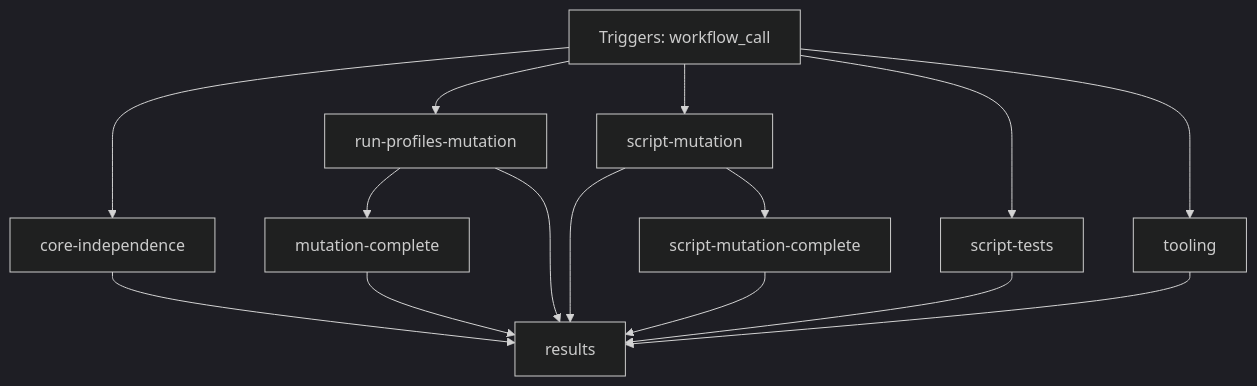
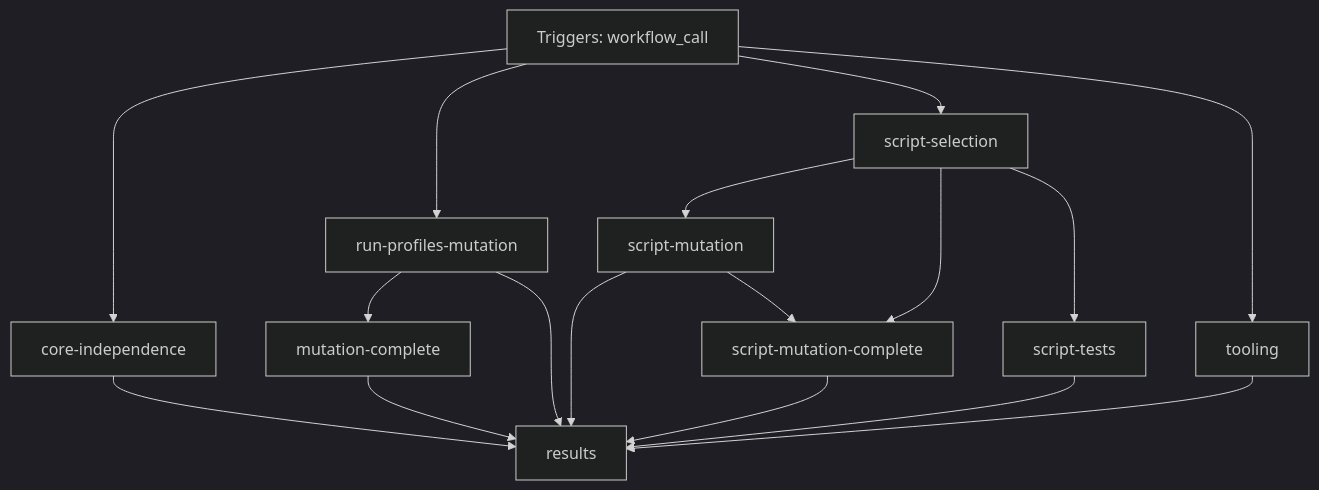
The second of 2 diagrams in docs/ci/github/script-tooling-ci.md (FrenchExDev2/QuietCli.PoSh), drawn with Mermaid (dark theme) before and after one commit. The commit also changed other lines of this file and 35 other files, not shown here.

First line of the commit message:
feat(ci): scripts-only changes run only the script tests and targets they reach

```diff
--- a/docs/ci/github/script-tooling-ci.md
+++ b/docs/ci/github/script-tooling-ci.md
@@ -91,26 +125,29 @@
 ~~~mermaid
 flowchart TD
     event["Triggers: workflow_call"]
     job_core_independence["core-independence"]
     job_mutation_complete["mutation-complete"]
     job_results["results"]
     job_run_profiles_mutation["run-profiles-mutation"]
     job_script_mutation["script-mutation"]
     job_script_mutation_complete["script-mutation-complete"]
+    job_script_selection["script-selection"]
     job_script_tests["script-tests"]
     job_tooling["tooling"]
     event --> job_core_independence
     job_run_profiles_mutation --> job_mutation_complete
     job_core_independence --> job_results
     job_tooling --> job_results
     job_script_tests --> job_results
     job_run_profiles_mutation --> job_results
     job_script_mutation --> job_results
     job_mutation_complete --> job_results
     job_script_mutation_complete --> job_results
     event --> job_run_profiles_mutation
-    event --> job_script_mutation
+    job_script_selection --> job_script_mutation
+    job_script_selection --> job_script_mutation_complete
     job_script_mutation --> job_script_mutation_complete
-    event --> job_script_tests
+    event --> job_script_selection
+    job_script_selection --> job_script_tests
     event --> job_tooling
 ~~~
```
